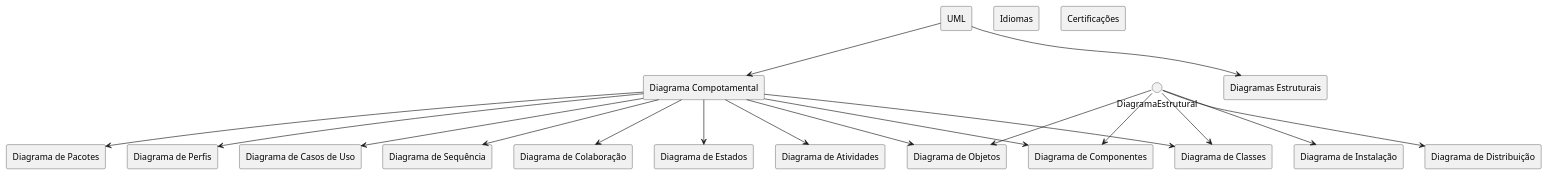
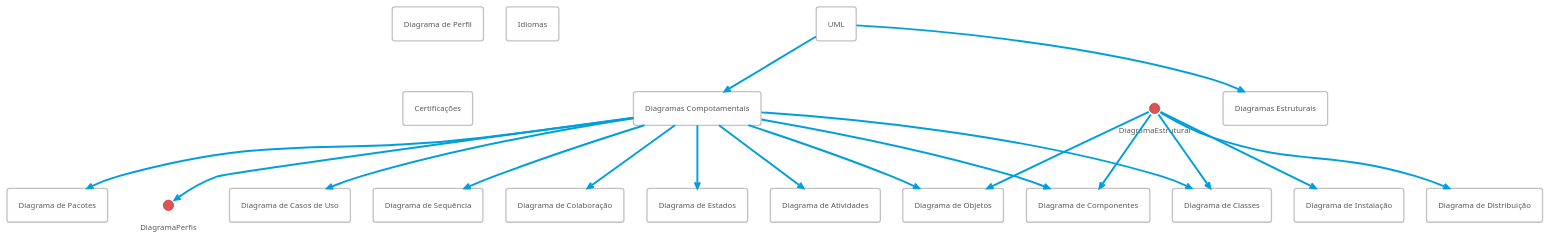
The diagram in UML/UML.puml (LeonardoVieiraGuimaraes/OrientacaoObjetos), drawn with PlantUML before and after one commit. The commit also changed 14 other files, not shown here.

```diff
--- a/UML/UML.puml
+++ b/UML/UML.puml
@@ -1,43 +1,43 @@
-@startuml
-
+@startuml DiagramaUML
+    !theme bluegray
     rectangle "UML" as UML
     rectangle "Diagramas Estruturais" as DiagramasEstruturais
-    rectangle "Diagrama Compotamental" as DiagramaCompotamental
+    rectangle "Diagramas Compotamentais" as DiagramaCompotamental
     rectangle "Diagrama de Classes" as DiagramaClasses
     rectangle "Diagrama de Objetos" as DiagramaObjetos
     rectangle "Diagrama de Componentes" as DiagramaComponentes
     rectangle "Diagrama de Instalação" as DiagramaInstalacao
     rectangle "Diagrama de Distribuição" as DiagramaDistribuicao
     rectangle "Diagrama de Casos de Uso" as DiagramaCasosUso
     rectangle "Diagrama de Sequência" as DiagramaSequencia
     rectangle "Diagrama de Colaboração" as DiagramaColaboracao
     rectangle "Diagrama de Estados" as DiagramaEstados
     rectangle "Diagrama de Atividades" as DiagramaAtividades
     rectangle "Diagrama de Componentes" as DiagramaComponentes
     rectangle "Diagrama de Objetos" as DiagramaObjetos
     rectangle "Diagrama de Pacotes" as DiagramaPacotes
-    rectangle "Diagrama de Perfis" as DiagramaPerfis
+    rectangle "Diagrama de Perfil" as DiagramaPerfil
 
     rectangle "Idiomas" as Idiomas
     rectangle "Certificações" as Certificacoes
 
 UML --> DiagramasEstruturais
 UML --> DiagramaCompotamental
 DiagramaCompotamental --> DiagramaClasses
 DiagramaEstrutural --> DiagramaClasses
 DiagramaEstrutural --> DiagramaObjetos
 DiagramaEstrutural --> DiagramaComponentes
 DiagramaEstrutural --> DiagramaInstalacao
 DiagramaEstrutural --> DiagramaDistribuicao
 DiagramaCompotamental --> DiagramaCasosUso
 DiagramaCompotamental --> DiagramaSequencia
 DiagramaCompotamental --> DiagramaColaboracao
 DiagramaCompotamental --> DiagramaEstados
 DiagramaCompotamental --> DiagramaAtividades
 DiagramaCompotamental --> DiagramaComponentes
 DiagramaCompotamental --> DiagramaObjetos
 DiagramaCompotamental --> DiagramaPacotes
 DiagramaCompotamental --> DiagramaPerfis
 
 
 @enduml
```
